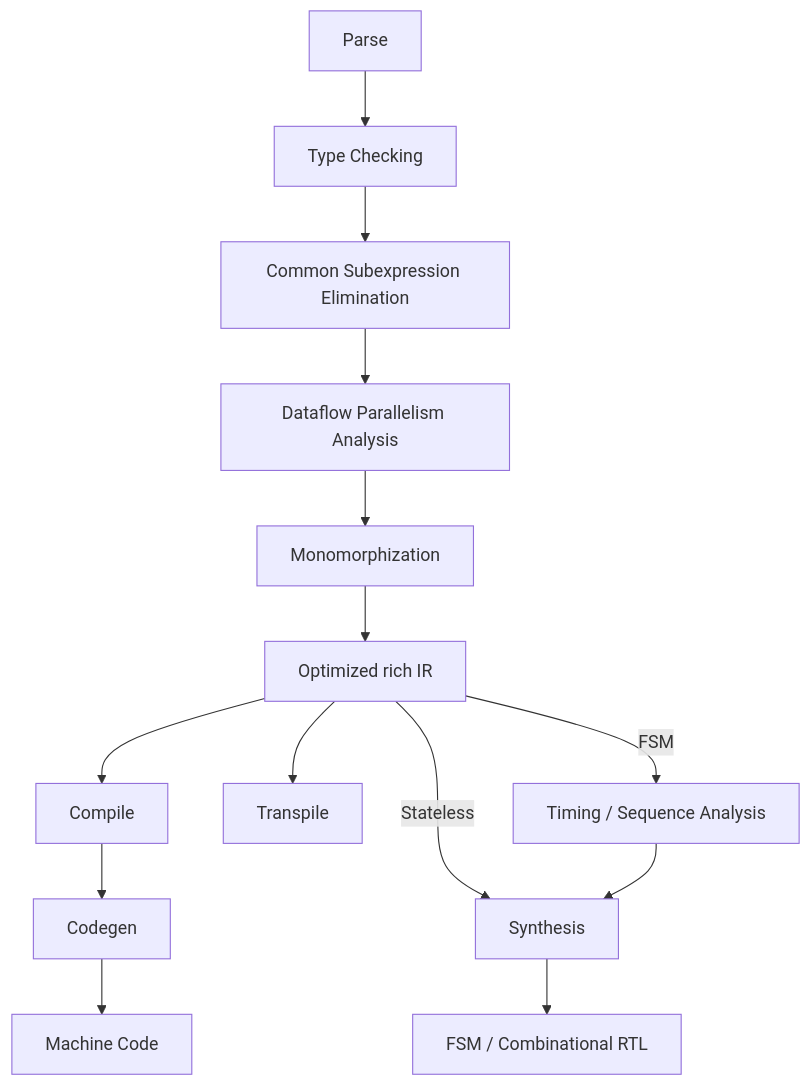
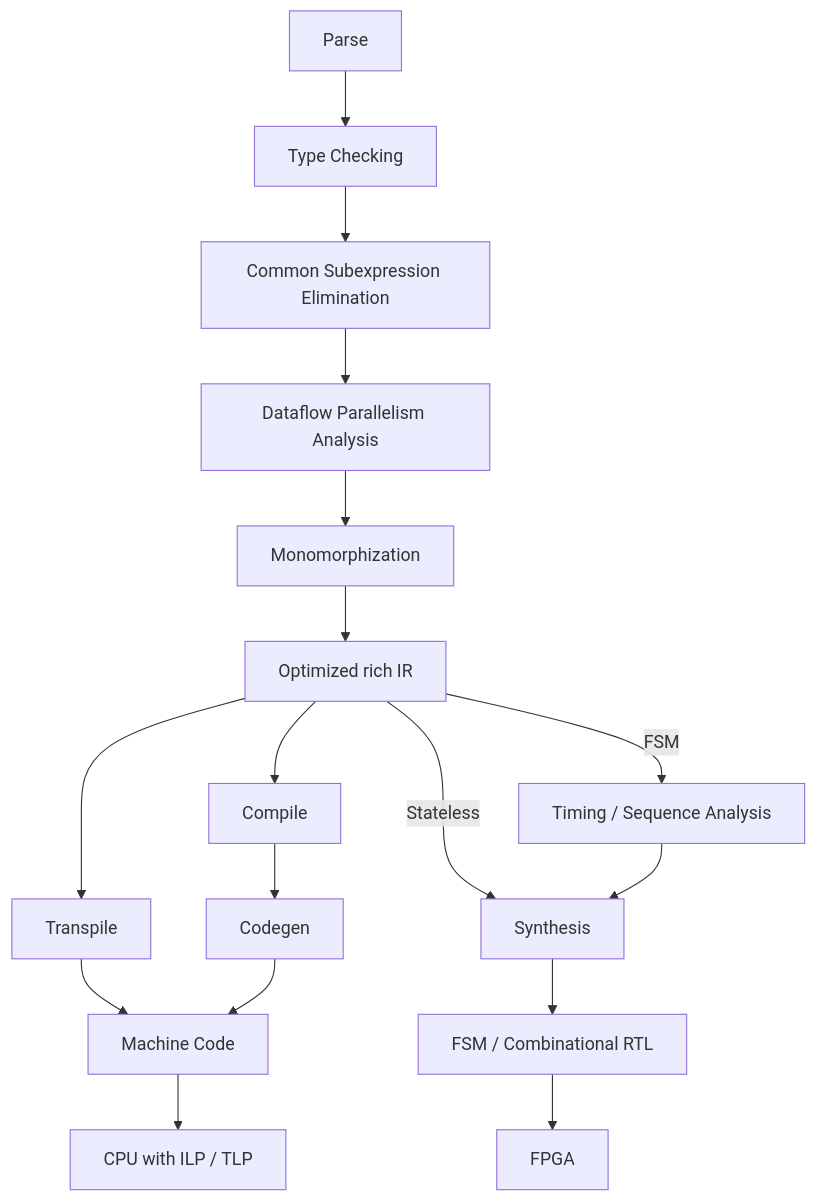
One commit to langvm/paracell.rs changed the diagram in README.md. Above: the diagram before and after it, drawn with Mermaid. The commit also changed other lines of this file and 24 other files, not shown here.

Commit message:
Implement `[flow, sepxr]` grammar parser with LALRPOP. Remove `pest-rs`.

````diff
--- a/README.md
+++ b/README.md
@@ -13,16 +14,19 @@
 ```mermaid
 flowchart TD
     Parse --> TypeCheck[Type Checking]
     TypeCheck --> CSE[Common Subexpression Elimination]
     CSE --> DPA[Dataflow Parallelism Analysis]
     DPA --> MMP[Monomorphization]
     MMP --> Opt[Optimized rich IR]
     Opt --> Compile
     Opt --> Transpile
     Opt -->|FSM| Timing[Timing / Sequence Analysis]
     Opt -->|Stateless| Synthesis
     Timing --> Synthesis
+    Transpile --> MCode
     Compile --> Codegen
     Codegen --> MCode[Machine Code]
     Synthesis --> RTL[FSM / Combinational RTL]
+    MCode --> CPU[CPU with ILP / TLP]
+    RTL --> FPGA
 ```
````
